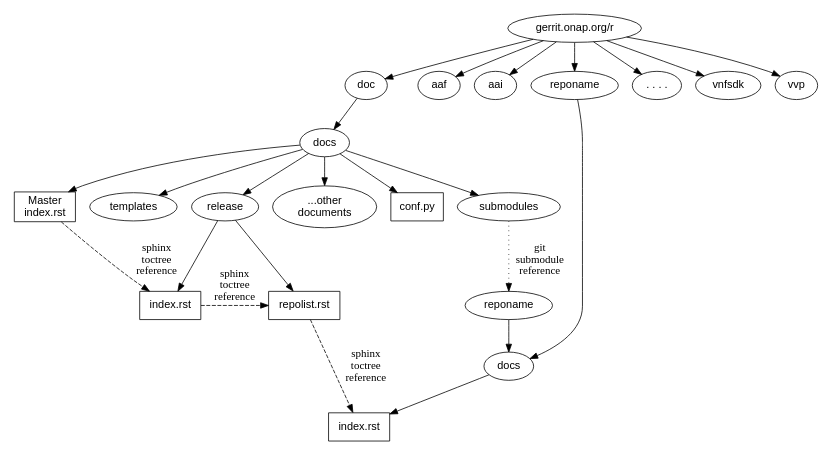
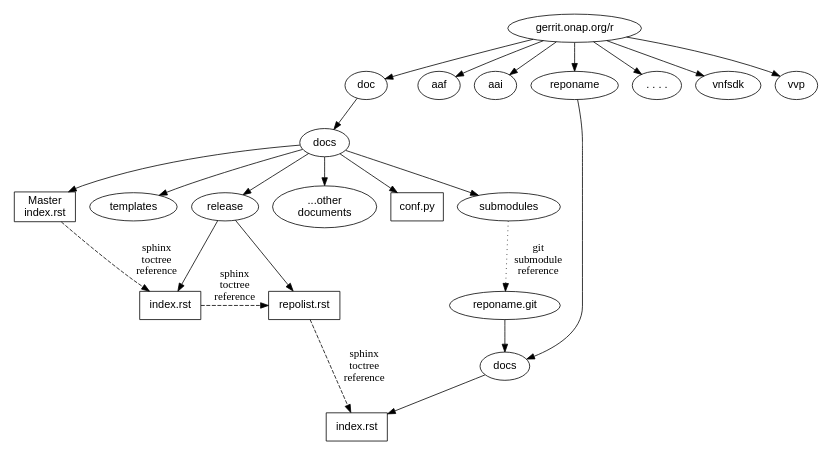
The diagram in docs/guide/onap-developer/how-to-use-docs/include-documentation.rst (onap/doc), drawn with Graphviz before and after one commit. The commit also changed other lines of this file and 3 other files, not shown here.

```diff
--- a/docs/guide/onap-developer/how-to-use-docs/include-documentation.rst
+++ b/docs/guide/onap-developer/how-to-use-docs/include-documentation.rst
@@ -113,57 +115,57 @@
 .. graphviz::
 
    
    digraph docstructure {
    size="8,12";
    node [fontname = "helvetica"];
    // Align gerrit repos and docs directories
    {rank=same doc aaf aai reponame repoelipse vnfsdk vvp}
    {rank=same confpy release templates masterindex submodules otherdocdocumentelipse}
    {rank=same releasedocumentindex releaserepolist}
 
    //Illustrate Gerrit Repos and provide URL/Link for complete repo list
    gerrit [label="gerrit.onap.org/r", href="https://gerrit.onap.org/r/#/admin/projects/" ];
    doc [href="https://gerrit.onap.org/r/gitweb?p=doc.git;a=tree"];
    gerrit -> doc;
    gerrit -> aaf;
    gerrit -> aai;
    gerrit -> reponame; 
    gerrit -> repoelipse;
              repoelipse [label=". . . ."];
    gerrit -> vnfsdk;
    gerrit -> vvp;
 
    //Show example of local reponame instance of component info
    reponame -> reponamedocsdir;
    reponamesm -> reponamedocsdir;  
                     reponamedocsdir [label="docs"];
-   reponamedocsdir -> newrepodocsdirindex; 
-                         newrepodocsdirindex [label="index.rst", shape=box];
+   reponamedocsdir -> repnamedocsdirindex; 
+                         repnamedocsdirindex [label="index.rst", shape=box];
 
    //Show detail structure of a portion of doc/docs 
    doc  -> docs;
    docs -> confpy;                   
            confpy [label="conf.py",shape=box];
    docs -> masterindex; 
            masterindex [label="Master\nindex.rst", shape=box];
    docs -> release;
    docs -> templates;                                
    docs -> otherdocdocumentelipse;  
            otherdocdocumentelipse [label="...other\ndocuments"];
    docs -> submodules
    
    masterindex -> releasedocumentindex [style=dashed, label="sphinx\ntoctree\nreference"];
    
    //Show submodule linkage to docs directory
    submodules -> reponamesm [style=dotted,label="git\nsubmodule\nreference"];  
-                 reponamesm [label="reponame"];
+                 reponamesm [label="reponame.git"];
 
    //Example Release document index that references component info provided in other project repo
    release -> releasedocumentindex;   
               releasedocumentindex [label="index.rst", shape=box];
    releasedocumentindex -> releaserepolist [style=dashed, label="sphinx\ntoctree\nreference"];
 			   releaserepolist  [label="repolist.rst", shape=box];
    release -> releaserepolist;
-   releaserepolist -> newrepodocsdirindex [style=dashed, label="sphinx\ntoctree\nreference"];
+   releaserepolist -> repnamedocsdirindex [style=dashed, label="sphinx\ntoctree\nreference"];
  
    }
```
